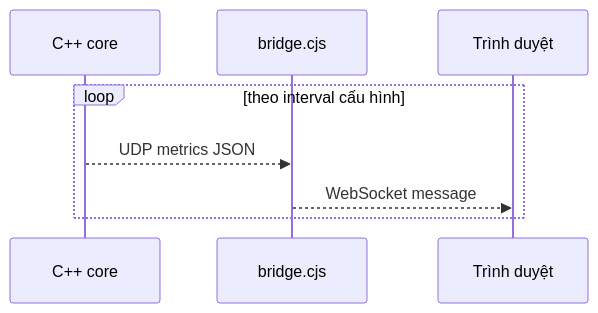
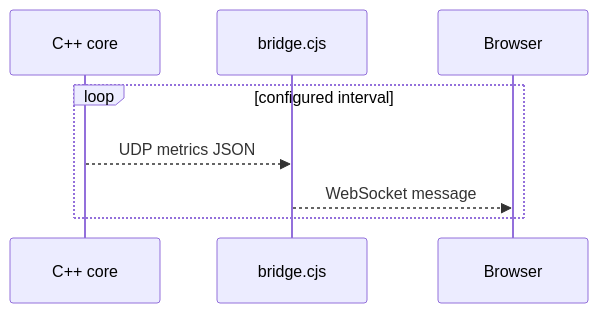
One commit to Dinhthuy2k5/remote-sensing-pipeline changed the second of 5 diagrams in docs/ARCHITECTURE.md. Above: the diagram before and after it, drawn with Mermaid. The commit also changed other lines of this file and 4 other files, not shown here.

Commit message:
docs: localize documentation and keep diagrams precise

````diff
--- a/docs/ARCHITECTURE.md
+++ b/docs/ARCHITECTURE.md
@@ -73,11 +73,11 @@
 ```mermaid
 sequenceDiagram
     participant C as C++ core
     participant B as bridge.cjs
-    participant U as Trình duyệt
+    participant U as Browser
 
-    loop theo interval cấu hình
+    loop configured interval
         C-->>B: UDP metrics JSON
         B-->>U: WebSocket message
     end
 ```
````
